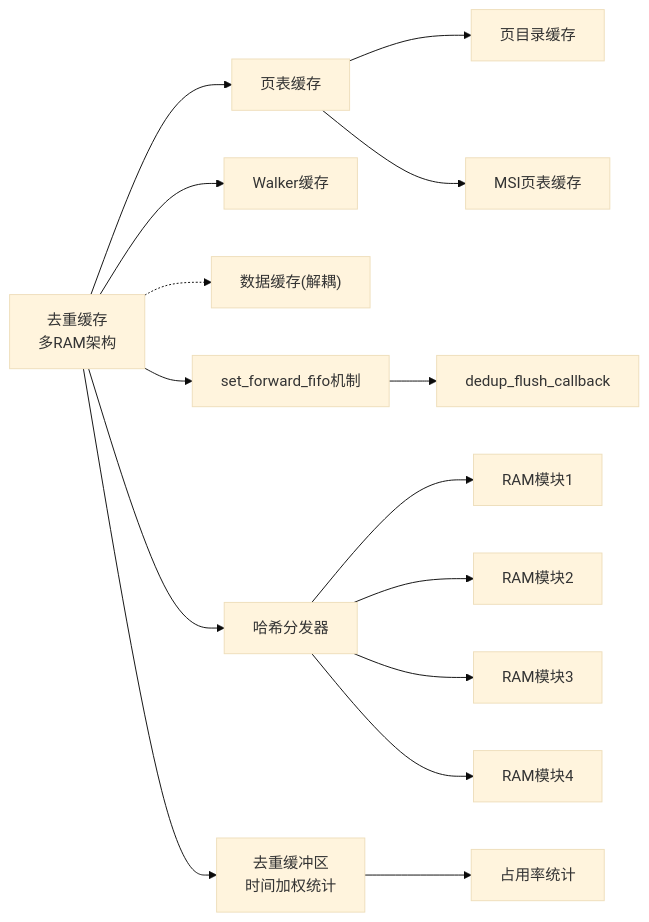
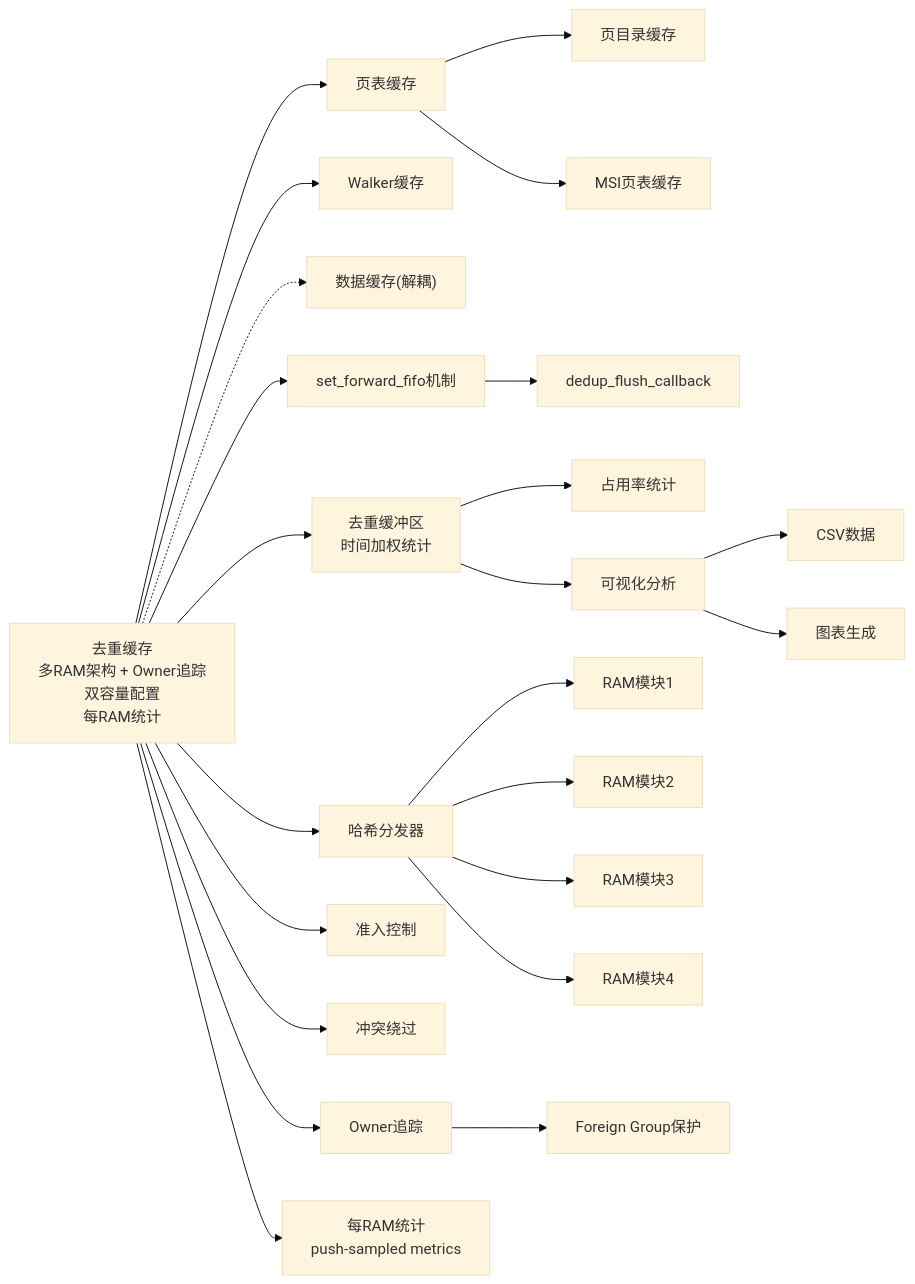
One commit to jiangjiang1122/iommu_model_20260401_v1 changed the eighth of 16 diagrams in .qoder/repowiki/zh/content/缓存系统/Dedup缓存（去重缓存）.md. Above: the diagram before and after it, drawn with Mermaid (base theme). The commit also changed other lines of this file and 55 other files, not shown here.

````diff
--- a/.qoder/repowiki/zh/content/缓存系统/Dedup缓存（去重缓存）.md
+++ b/.qoder/repowiki/zh/content/缓存系统/Dedup缓存（去重缓存）.md
@@ -594,17 +736,25 @@
 ```mermaid
 graph LR
-DEDUP["去重缓存<br/>多RAM架构"] --> PT["页表缓存"]
+DEDUP["去重缓存<br/>多RAM架构 + Owner追踪<br/>双容量配置<br/>每RAM统计"] --> PT["页表缓存"]
 DEDUP --> WC["Walker缓存"]
 PT --> PC["页目录缓存"]
 PT --> MSIPT["MSI页表缓存"]
 DEDUP -.-> DC["数据缓存(解耦)"]
 DEDUP --> FIFO["set_forward_fifo机制"]
 FIFO --> CALLBACK["dedup_flush_callback"]
 DEDUP --> HASH["哈希分发器"]
 DEDUP --> BUFFER["去重缓冲区<br/>时间加权统计"]
 BUFFER --> STATS["占用率统计"]
+BUFFER --> VISUALIZATION["可视化分析"]
+VISUALIZATION --> CSV["CSV数据"]
+VISUALIZATION --> CHART["图表生成"]
 HASH --> RAM1["RAM模块1"]
 HASH --> RAM2["RAM模块2"]
 HASH --> RAM3["RAM模块3"]
 HASH --> RAM4["RAM模块4"]
+DEDUP --> AC["准入控制"]
+DEDUP --> BYPASS["冲突绕过"]
+DEDUP --> OWNER["Owner追踪"]
+OWNER --> GUARD["Foreign Group保护"]
+DEDUP --> PERFRAM["每RAM统计<br/>push-sampled metrics"]
 ```
````
